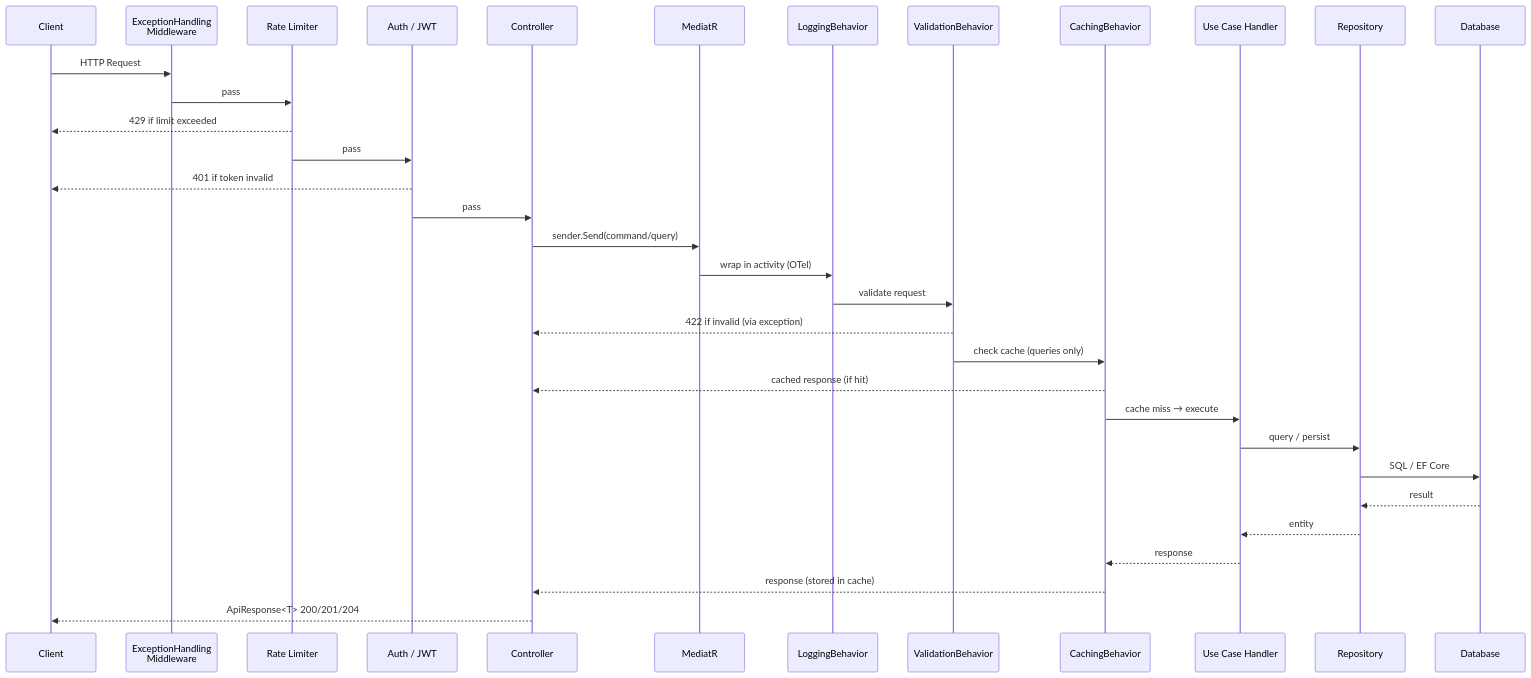
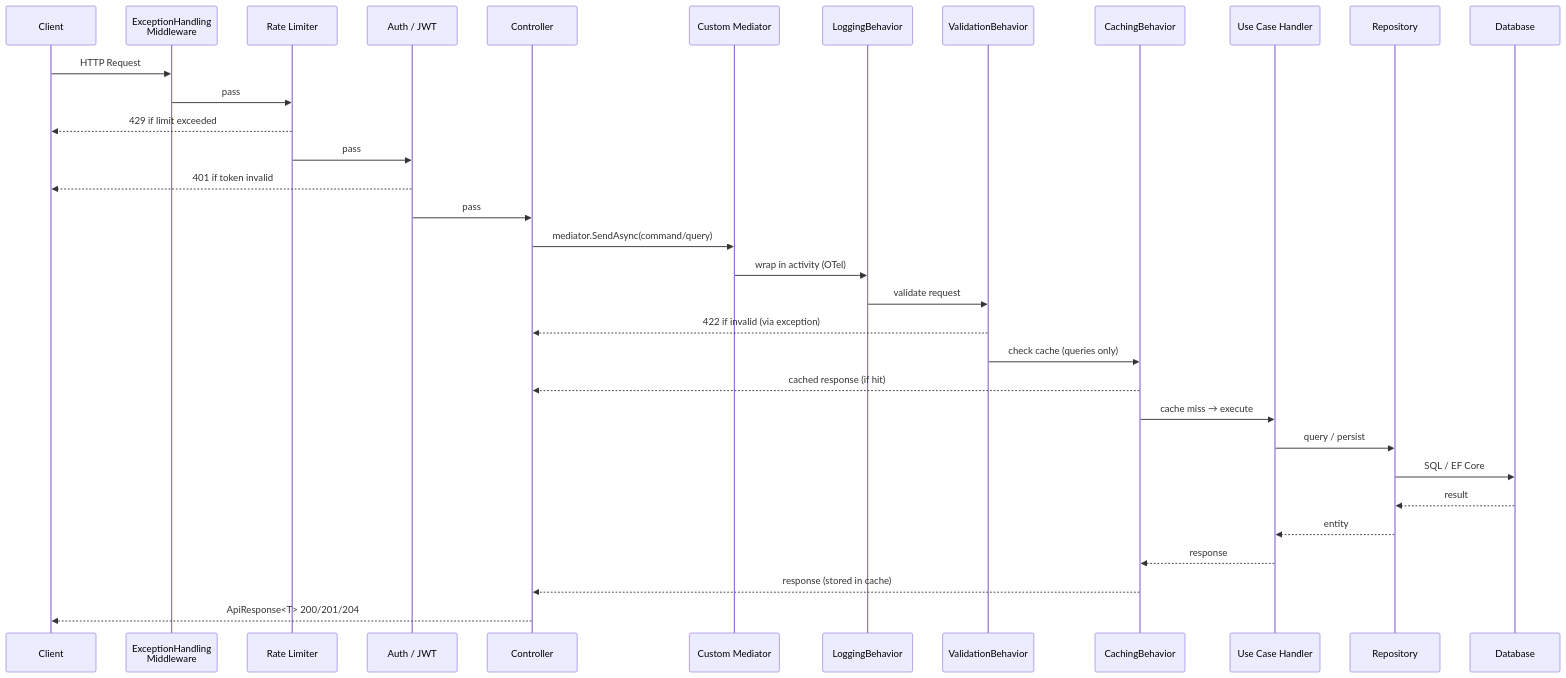
The third of 10 diagrams in README.md (MateusjsSilva/DotNet.CleanArchitecture), drawn with Mermaid before and after one commit. The commit also changed other lines of this file and 13 other files, not shown here.

````diff
--- a/README.md
+++ b/README.md
@@ -163,36 +164,36 @@
 ```mermaid
 sequenceDiagram
     participant Client
     participant Middleware as ExceptionHandling<br/>Middleware
     participant RateLimit as Rate Limiter
     participant Auth as Auth / JWT
     participant Controller
-    participant MediatR
+    participant Mediator as Custom Mediator
     participant Logging as LoggingBehavior
     participant Validation as ValidationBehavior
     participant Caching as CachingBehavior
     participant Handler as Use Case Handler
     participant Repo as Repository
     participant DB as Database
 
     Client->>Middleware: HTTP Request
     Middleware->>RateLimit: pass
     RateLimit-->>Client: 429 if limit exceeded
     RateLimit->>Auth: pass
     Auth-->>Client: 401 if token invalid
     Auth->>Controller: pass
-    Controller->>MediatR: sender.Send(command/query)
-    MediatR->>Logging: wrap in activity (OTel)
+    Controller->>Mediator: mediator.SendAsync(command/query)
+    Mediator->>Logging: wrap in activity (OTel)
     Logging->>Validation: validate request
     Validation-->>Controller: 422 if invalid (via exception)
     Validation->>Caching: check cache (queries only)
     Caching-->>Controller: cached response (if hit)
     Caching->>Handler: cache miss → execute
     Handler->>Repo: query / persist
     Repo->>DB: SQL / EF Core
     DB-->>Repo: result
     Repo-->>Handler: entity
     Handler-->>Caching: response
     Caching-->>Controller: response (stored in cache)
     Controller-->>Client: ApiResponse<T> 200/201/204
 ```
````
